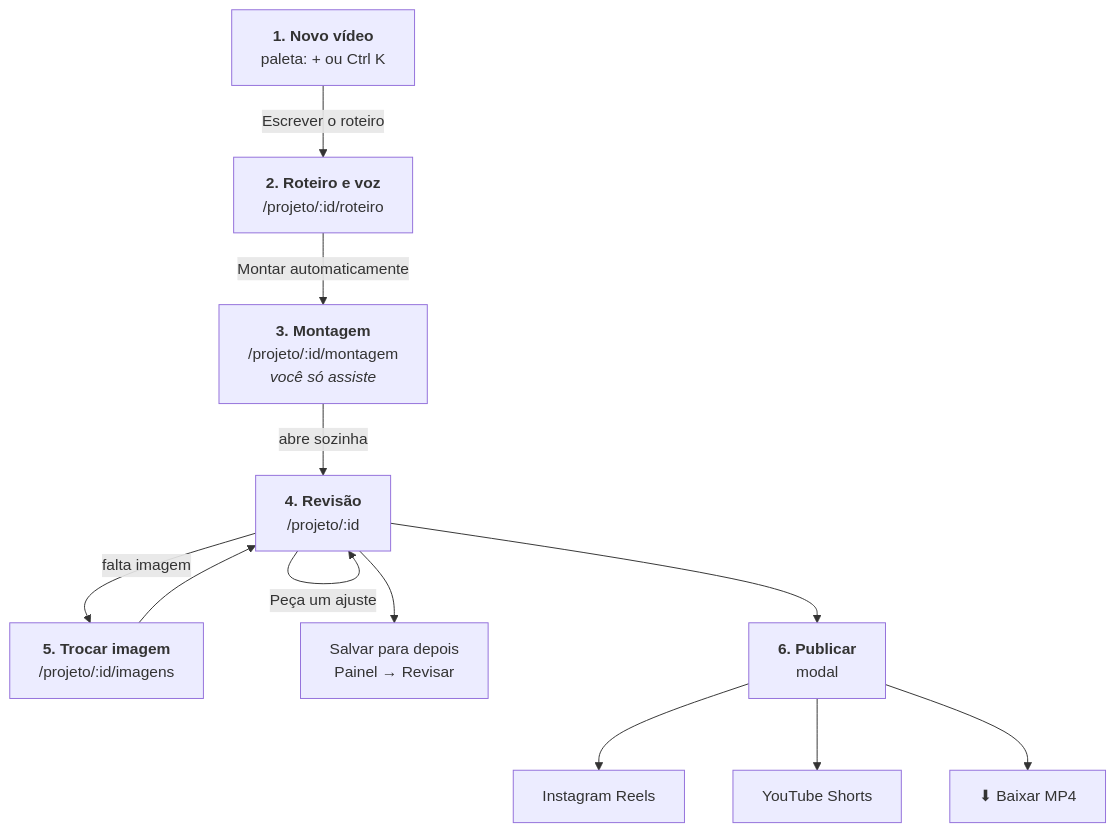
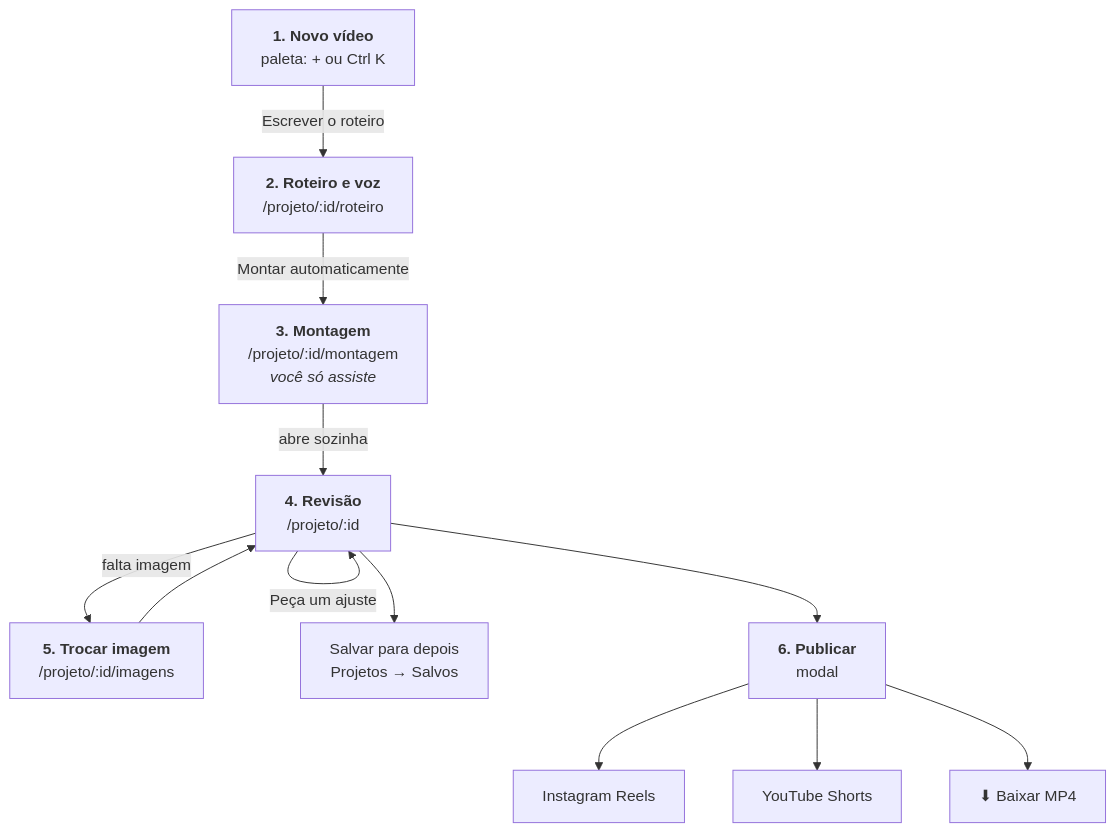
One commit to Edugiyuu/InstaSearch changed the diagram in docs/diagramas/02-jornada-de-um-video.mmd. Above: the diagram before and after it, drawn with Mermaid. The commit also changed 18 other files, not shown here.

First line of the commit message:
revert: Painel desfeito, Início e Projetos de volta (ADR 0038, adendo)

```diff
--- a/docs/diagramas/02-jornada-de-um-video.mmd
+++ b/docs/diagramas/02-jornada-de-um-video.mmd
@@ -1,12 +1,12 @@
 flowchart TD
     N["<b>1. Novo vídeo</b><br/>paleta: + ou Ctrl K"] -- "Escrever o roteiro" --> R["<b>2. Roteiro e voz</b><br/>/projeto/:id/roteiro"]
     R -- "Montar automaticamente" --> M["<b>3. Montagem</b><br/>/projeto/:id/montagem<br/><i>você só assiste</i>"]
     M -- "abre sozinha" --> V["<b>4. Revisão</b><br/>/projeto/:id"]
     V -- "falta imagem" --> T["<b>5. Trocar imagem</b><br/>/projeto/:id/imagens"]
     T --> V
     V -- "Peça um ajuste" --> V
     V --> P["<b>6. Publicar</b><br/>modal"]
-    V --> S["Salvar para depois<br/>Painel → Revisar"]
+    V --> S["Salvar para depois<br/>Projetos → Salvos"]
     P --> IG["Instagram Reels"]
     P --> YT["YouTube Shorts"]
     P --> DL["⬇ Baixar MP4"]
```
